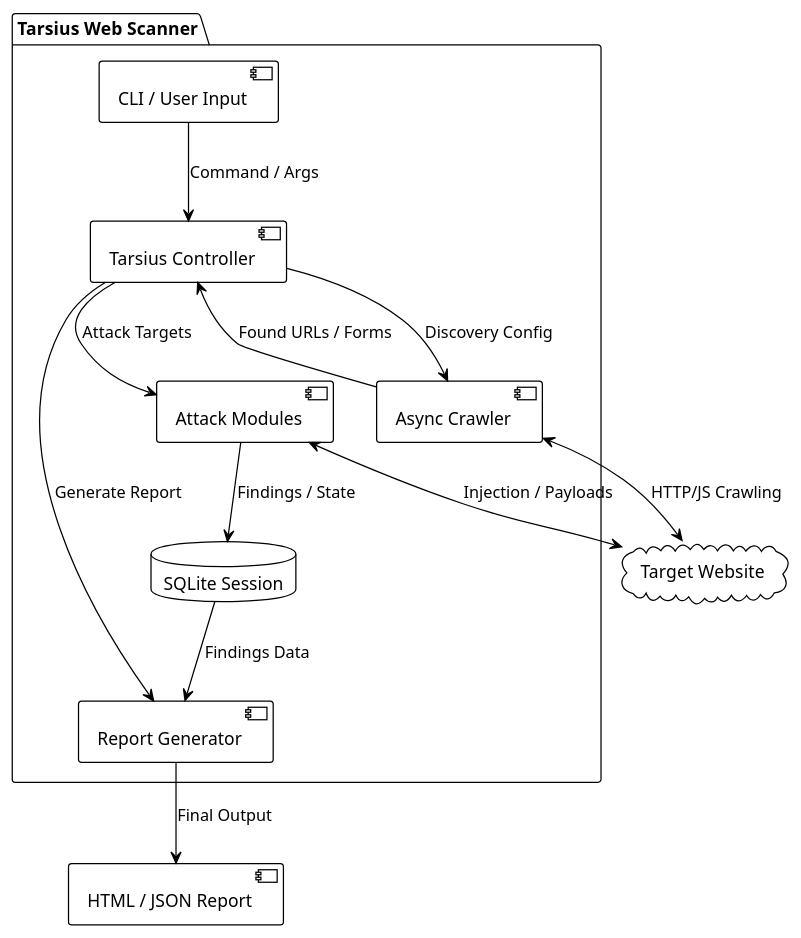
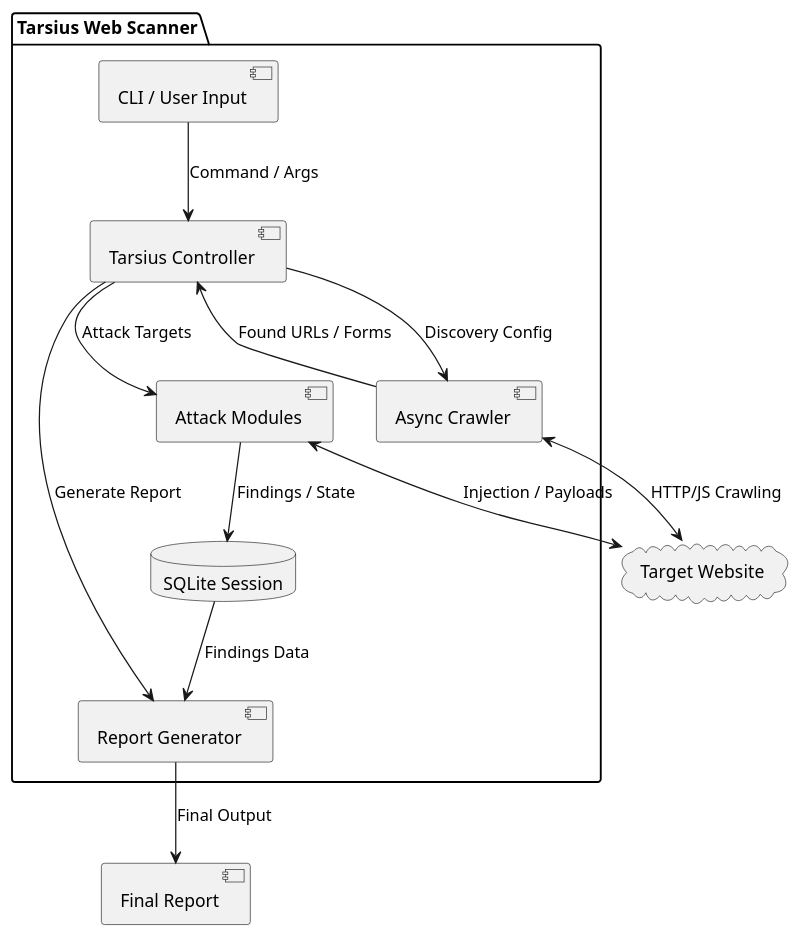
Before and after one commit to StealthMoud/Tarsius: the diagram in docs/diagrams/architecture.puml, drawn with PlantUML. The commit also changed 1 other file, not shown here.

Commit message:
fix PlantUML syntax errors for better compatibility

```diff
--- a/docs/diagrams/architecture.puml
+++ b/docs/diagrams/architecture.puml
@@ -1,27 +1,23 @@
-@startuml architecture
-!theme plain
-skinparam componentStyle uml2
-
+@startuml
 package "Tarsius Web Scanner" {
     [CLI / User Input] as cli
     [Tarsius Controller] as engine
     [Async Crawler] as crawler
     [Attack Modules] as scanner
     database "SQLite Session" as db
     [Report Generator] as reporter
 }
 
 cloud "Target Website" as web
 
 cli --> engine : Command / Args
 engine --> crawler : Discovery Config
 crawler <--> web : HTTP/JS Crawling
 crawler --> engine : Found URLs / Forms
 engine --> scanner : Attack Targets
 scanner <--> web : Injection / Payloads
 scanner --> db : Findings / State
 engine --> reporter : Generate Report
 db --> reporter : Findings Data
-reporter --> [HTML / JSON Report] : Final Output
-
+reporter --> [Final Report] : Final Output
 @enduml
```
